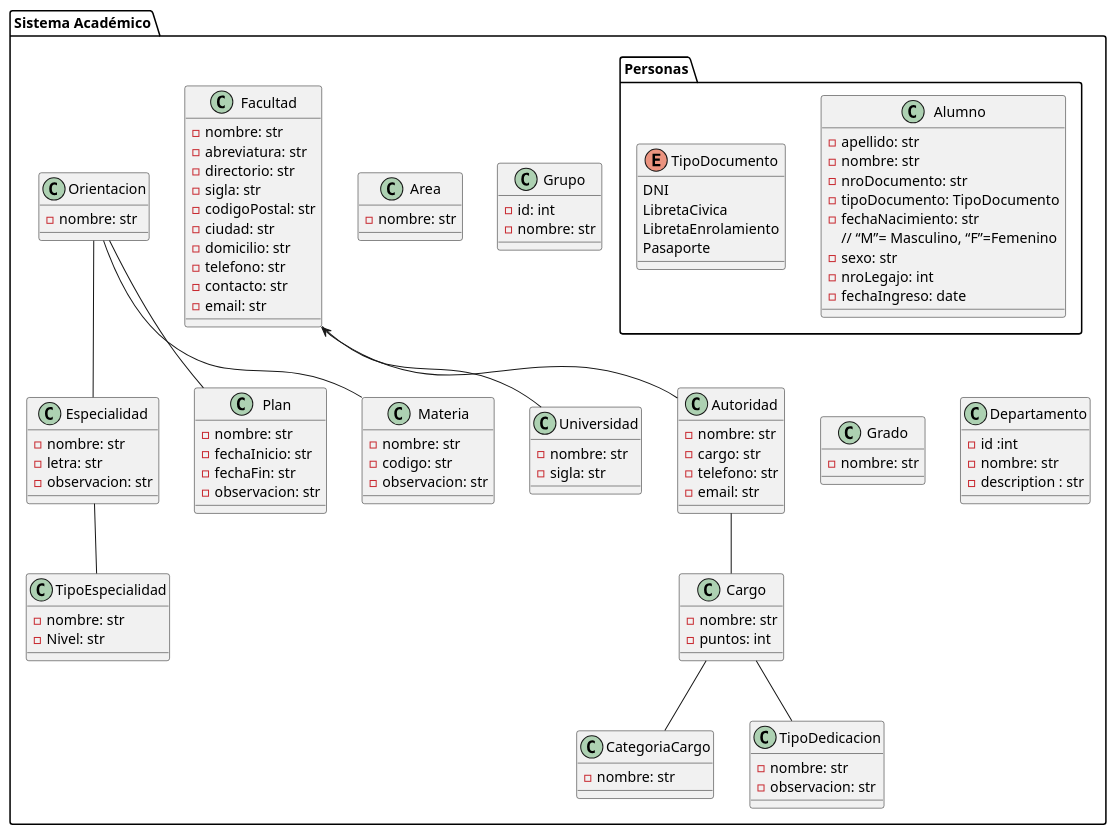
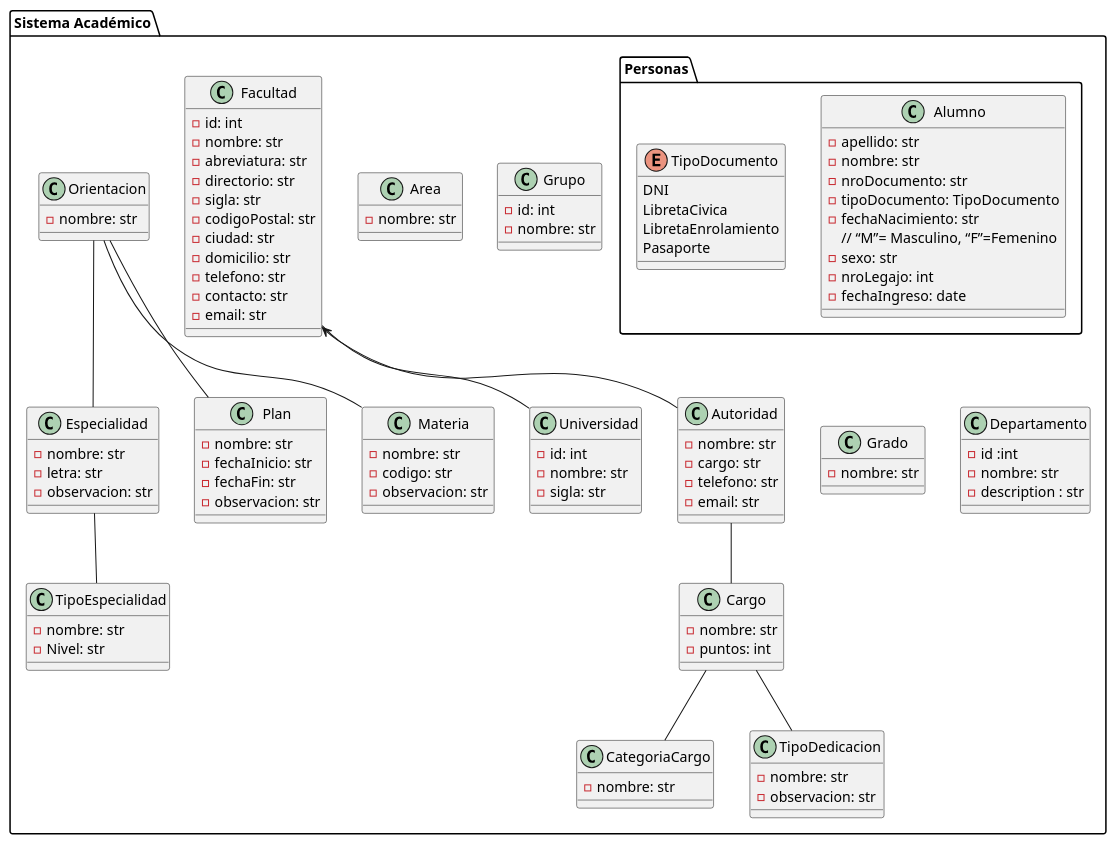
The diagram in app/docs/sysacad_diagrama_de_clases.puml (Juanpa1911/SysAcad2.0), drawn with PlantUML before and after one commit. The commit also changed 11 other files, not shown here.

```diff
--- a/app/docs/sysacad_diagrama_de_clases.puml
+++ b/app/docs/sysacad_diagrama_de_clases.puml
@@ -1,122 +1,124 @@
 @startuml Diagrama de Clases de sysacad
 package "Sistema Académico"{
     package "Personas"{
         class Alumno {
             - apellido: str
             - nombre: str
             - nroDocumento: str
             - tipoDocumento: TipoDocumento
             - fechaNacimiento: str
             // “M”= Masculino, “F”=Femenino
             - sexo: str
             - nroLegajo: int
             - fechaIngreso: date
         }
 
         enum TipoDocumento {
             DNI
             LibretaCivica
             LibretaEnrolamiento
             Pasaporte
         }
     }
 
     class Universidad {
+        -id: int
         -nombre: str
         -sigla: str
     }
 
     class Facultad {
+        -id: int
         -nombre: str
         -abreviatura: str
         -directorio: str
         -sigla: str
         -codigoPostal: str
         -ciudad: str
         -domicilio: str
         -telefono: str
         -contacto: str
         -email: str
     }
 
     class Autoridad {
         -nombre: str
         -cargo: str
         -telefono: str
         -email: str
     }
 
     class Area {
         - nombre: str
     }
 
     class Especialidad {
         - nombre: str
         - letra: str
         - observacion: str
     }
 
     class TipoEspecialidad {
         - nombre: str
         - Nivel: str
     }
 
     class Grupo {
         - id: int
         - nombre: str
     }
 
     class Plan {
         - nombre: str
         - fechaInicio: str
         - fechaFin: str
         - observacion: str
     }
 
     class Orientacion {
         - nombre: str
     }
 
     class Grado {
         - nombre: str
     }
 
     class Cargo {
         - nombre: str
         - puntos: int
         
     }
     
     class CategoriaCargo {
         - nombre: str
     } 
    
     class Materia {
         - nombre: str
         - codigo: str
         - observacion: str
     }
 
     class TipoDedicacion {
         - nombre: str
         - observacion: str
     }
 
     class Departamento {
         - id :int
         - nombre: str
         - description : str
     }
 
 
     Orientacion -- Especialidad
     Orientacion -- Plan
     Orientacion -- Materia
     Especialidad -- TipoEspecialidad
     Facultad <-- Autoridad
     Facultad -- Universidad
     Autoridad -- Cargo
     Cargo -- CategoriaCargo
     Cargo -- TipoDedicacion
 }
 @enduml
```
